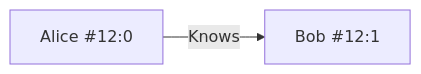
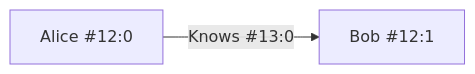
One commit to JetBrains/youtrackdb changed the second of 2 diagrams in docs/ytdb-internals-book/chapters/02-tour-of-storage.md. Above: the diagram before and after it, drawn with Mermaid. The commit also changed other lines of this file, not shown here.

````diff
--- a/docs/ytdb-internals-book/chapters/02-tour-of-storage.md
+++ b/docs/ytdb-internals-book/chapters/02-tour-of-storage.md
@@ -124,4 +127,4 @@
 ```mermaid
 graph LR
-    A["Alice #12:0"] -->|Knows| B["Bob #12:1"]
+    A["Alice #12:0"] -->|"Knows #13:0"| B["Bob #12:1"]
 ```
````
